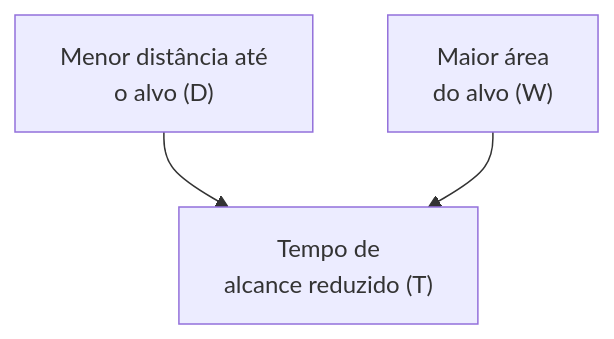
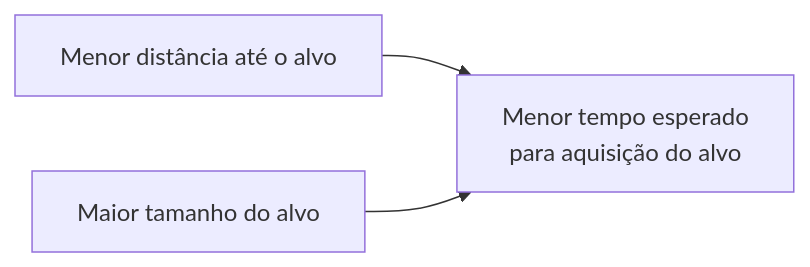
Before and after one commit to leorruas/puc: the second of 2 diagrams in 08. Design de Interacao/15. Componentes e recomendações ergonômicas em sistemas interativos.md, drawn with Mermaid. The commit also changed other lines of this file, not shown here.

````diff
--- a/08. Design de Interacao/15. Componentes e recomendações ergonômicas em sistemas interativos.md
+++ b/08. Design de Interacao/15. Componentes e recomendações ergonômicas em sistemas interativos.md
@@ -126,5 +133,9 @@
 ```mermaid
-flowchart TD
-    Distância["Menor distância até<br>o alvo (D)"] --> Tempo["Tempo de<br>alcance reduzido (T)"]
-    Tamanho["Maior área<br>do alvo (W)"] --> Tempo
+flowchart LR
+    Distancia["Menor distância até o alvo"]:::component
+    Tamanho["Maior tamanho do alvo"]:::component
+    Tempo["Menor tempo esperado<br>para aquisição do alvo"]:::core
+
+    Distancia --> Tempo
+    Tamanho --> Tempo
 ```
````
